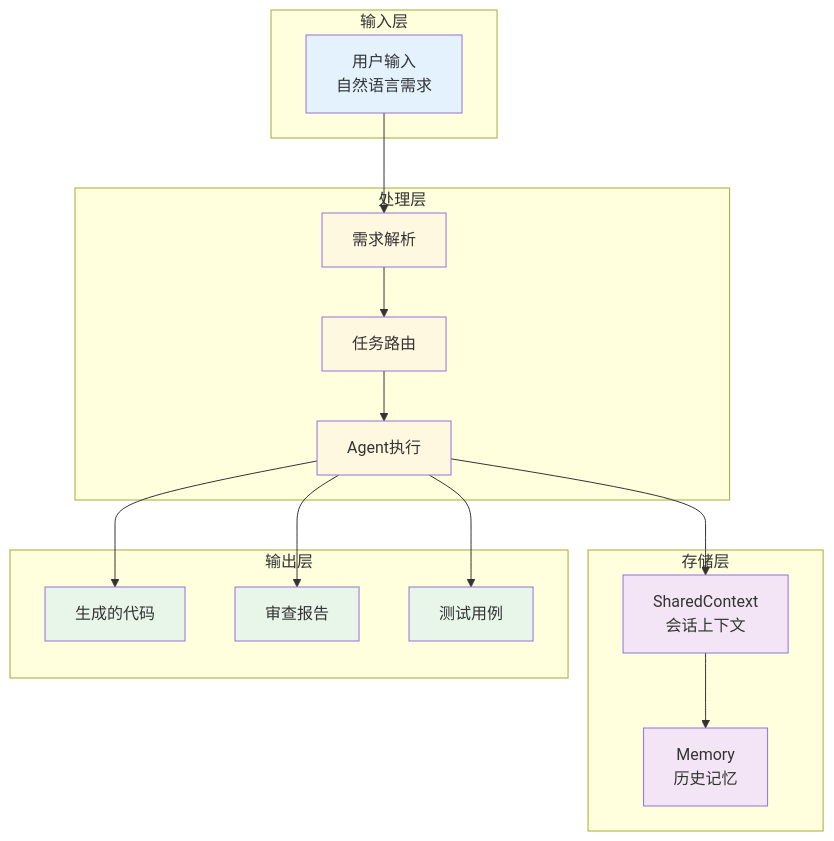
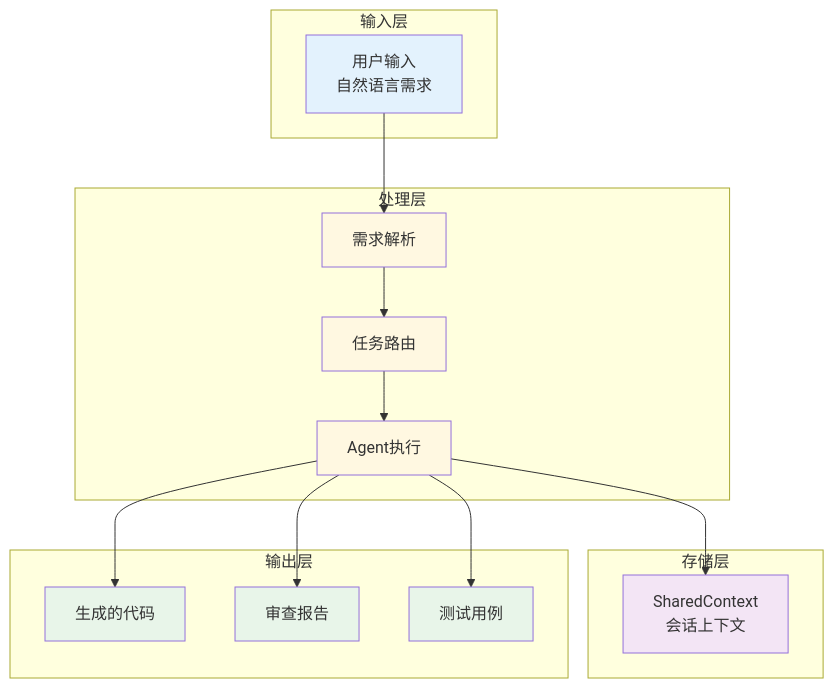
Before and after one commit to hhhhhhh520/CodeCraft-Agent: the fifth of 6 diagrams in docs/assets/architecture.md, drawn with Mermaid. The commit also changed other lines of this file and 2 other files, not shown here.

Commit message:
docs: 同步移除记忆系统后的文档残留（README目录树/架构图/结构树/测试树）

````diff
--- a/docs/assets/architecture.md
+++ b/docs/assets/architecture.md
@@ -220,42 +217,39 @@
 ```mermaid
 flowchart TB
     subgraph 输入层
         INPUT[用户输入<br/>自然语言需求]
     end
 
     subgraph 处理层
         PARSE[需求解析]
         ROUTE[任务路由]
         EXEC[Agent执行]
     end
 
     subgraph 存储层
         CTX[SharedContext<br/>会话上下文]
-        MEM[Memory<br/>历史记忆]
     end
 
     subgraph 输出层
         CODE[生成的代码]
         REVIEW[审查报告]
         TEST[测试用例]
     end
 
     INPUT --> PARSE
     PARSE --> ROUTE
     ROUTE --> EXEC
     EXEC --> CTX
-    CTX --> MEM
     EXEC --> CODE
     EXEC --> REVIEW
     EXEC --> TEST
 
     style INPUT fill:#e3f2fd
     style PARSE fill:#fff8e1
     style ROUTE fill:#fff8e1
     style EXEC fill:#fff8e1
     style CTX fill:#f3e5f5
-    style MEM fill:#f3e5f5
     style CODE fill:#e8f5e9
     style REVIEW fill:#e8f5e9
     style TEST fill:#e8f5e9
 ```
````
